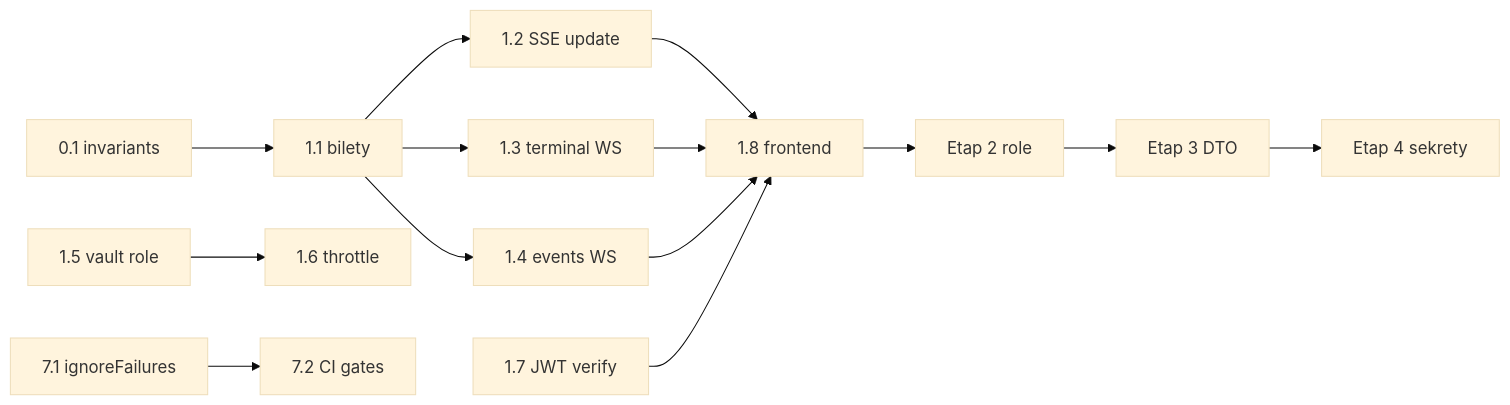
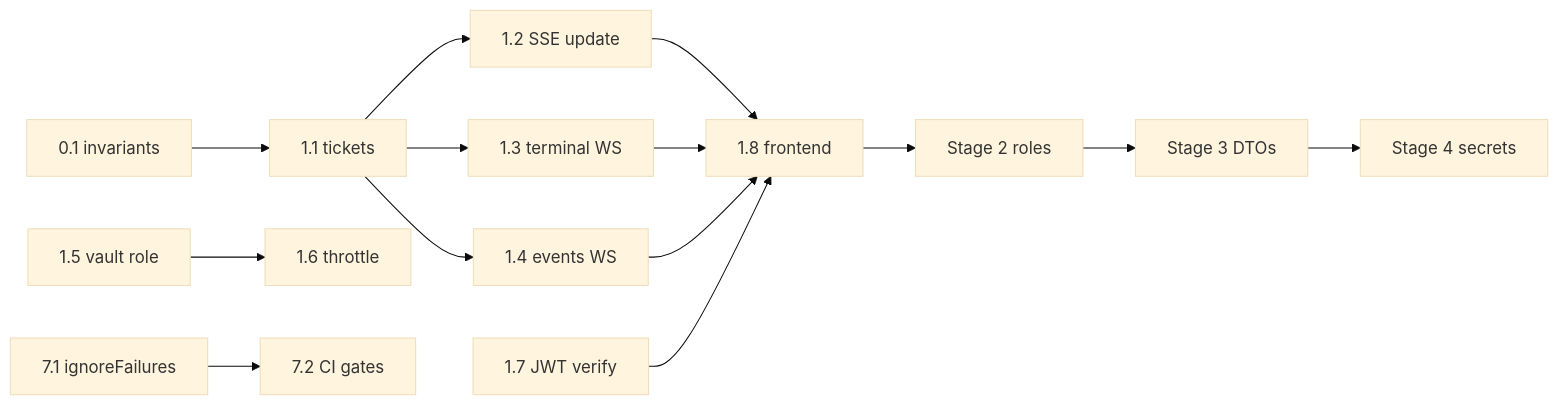
One commit to skoczo/LanAlmanac changed the diagram in plans/hardening-plan.md. Above: the diagram before and after it, drawn with Mermaid (base theme). The commit also changed other lines of this file and 5 other files, not shown here.

Commit message:
docs: translate all plans, architecture docs, and agent rules to English

````diff
--- a/plans/hardening-plan.md
+++ b/plans/hardening-plan.md
@@ -272,16 +272,16 @@
 ```mermaid
 graph LR
-    S01[0.1 invariants] --> S11[1.1 bilety]
+    S01[0.1 invariants] --> S11[1.1 tickets]
     S11 --> S12[1.2 SSE update]
     S11 --> S13[1.3 terminal WS]
     S11 --> S14[1.4 events WS]
     S12 --> S18[1.8 frontend]
     S13 --> S18
     S14 --> S18
     S15[1.5 vault role] --> S16[1.6 throttle]
     S17[1.7 JWT verify] --> S18
-    S18 --> S2[Etap 2 role]
-    S2 --> S3[Etap 3 DTO]
-    S3 --> S4[Etap 4 sekrety]
+    S18 --> S2[Stage 2 roles]
+    S2 --> S3[Stage 3 DTOs]
+    S3 --> S4[Stage 4 secrets]
     S71[7.1 ignoreFailures] --> S72[7.2 CI gates]
 ```
````
